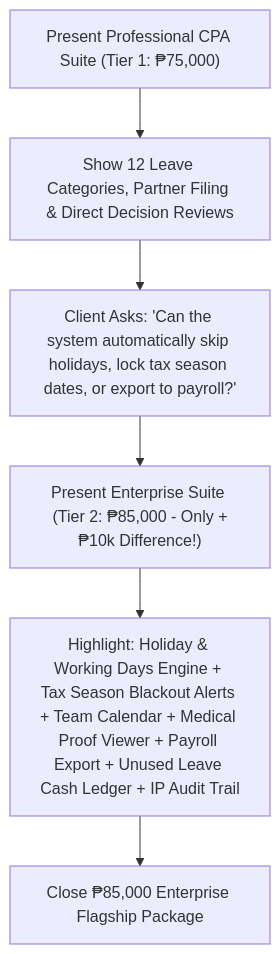
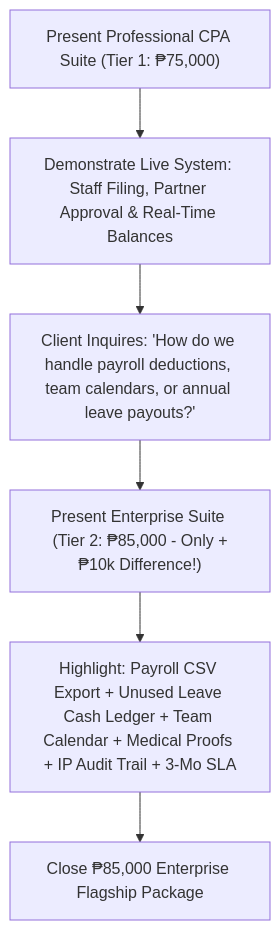
One commit to ggaaiiaaaaaa/leave-management changed the diagram in PROPOSAL_TIERS.md. Above: the diagram before and after it, drawn with Mermaid. The commit also changed other lines of this file and 1 other file, not shown here.

Commit message:
Update definitive 2-tier proposal list (75k Pro vs 85k Enterprise Suite)

````diff
--- a/PROPOSAL_TIERS.md
+++ b/PROPOSAL_TIERS.md
@@ -71,8 +106,8 @@
 ```mermaid
 graph TD
-    A["Present Professional CPA Suite (Tier 1: ₱75,000)"] --> B["Show 12 Leave Categories, Partner Filing & Direct Decision Reviews"]
-    B --> C["Client Asks: 'Can the system automatically skip holidays, lock tax season dates, or export to payroll?'"]
+    A["Present Professional CPA Suite (Tier 1: ₱75,000)"] --> B["Demonstrate Live System: Staff Filing, Partner Approval & Real-Time Balances"]
+    B --> C["Client Inquires: 'How do we handle payroll deductions, team calendars, or annual leave payouts?'"]
     C --> D["Present Enterprise Suite (Tier 2: ₱85,000 - Only +₱10k Difference!)"]
-    D --> E["Highlight: Holiday & Working Days Engine + Tax Season Blackout Alerts + Team Calendar + Medical Proof Viewer + Payroll Export + Unused Leave Cash Ledger + IP Audit Trail"]
+    D --> E["Highlight: Payroll CSV Export + Unused Leave Cash Ledger + Team Calendar + Medical Proofs + IP Audit Trail + 3-Mo SLA"]
     E --> F["Close ₱85,000 Enterprise Flagship Package"]
 ```
````
